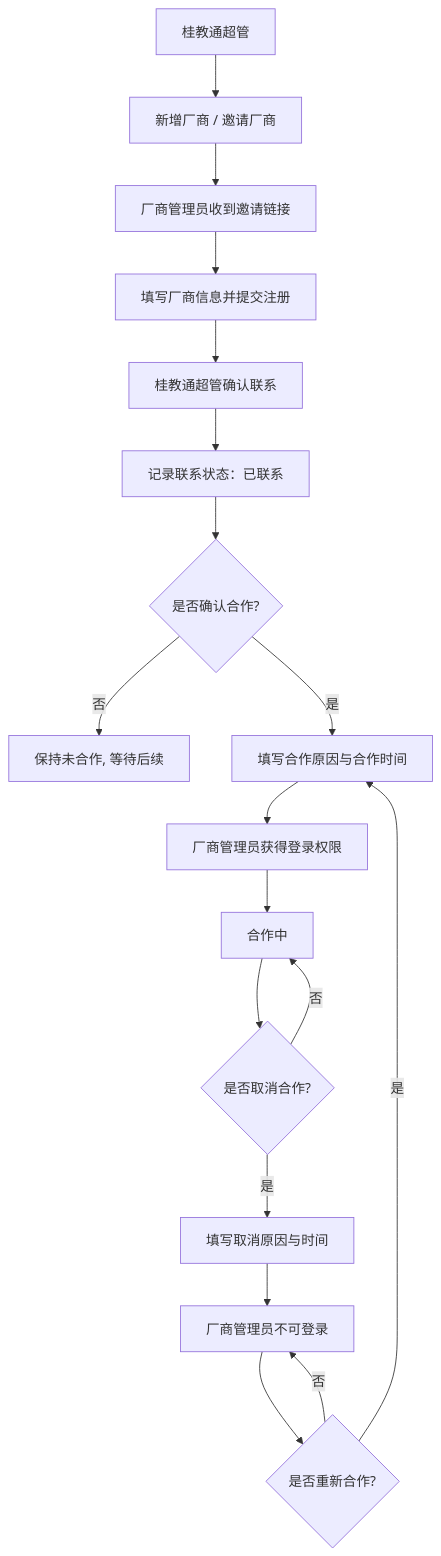
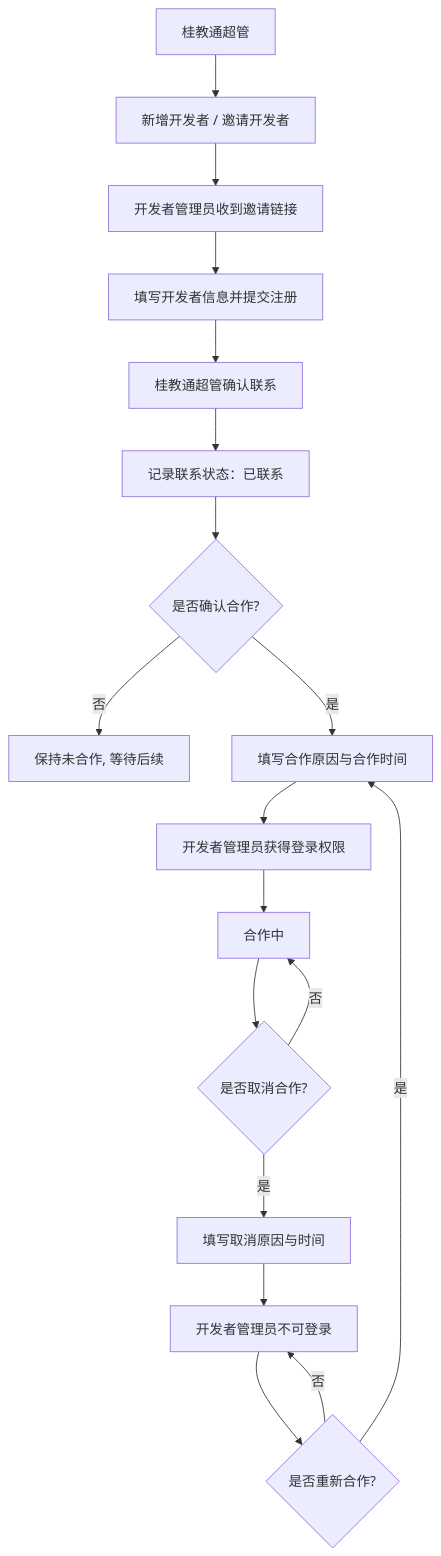
One commit to sunmei119/capPlatform changed the first of 6 diagrams in output/prd/prd.md. Above: the diagram before and after it, drawn with Mermaid. The commit also changed other lines of this file and 2 other files, not shown here.

````diff
--- a/output/prd/prd.md
+++ b/output/prd/prd.md
@@ -60,20 +60,20 @@
 ```mermaid
 flowchart TD
-    A[桂教通超管] --> B[新增厂商 / 邀请厂商]
-    B --> C[厂商管理员收到邀请链接]
-    C --> D[填写厂商信息并提交注册]
+    A[桂教通超管] --> B[新增开发者 / 邀请开发者]
+    B --> C[开发者管理员收到邀请链接]
+    C --> D[填写开发者信息并提交注册]
     D --> E[桂教通超管确认联系]
     E --> F[记录联系状态：已联系]
     F --> G{是否确认合作?}
     G -- 否 --> H[保持未合作, 等待后续]
     G -- 是 --> I[填写合作原因与合作时间]
-    I --> J[厂商管理员获得登录权限]
+    I --> J[开发者管理员获得登录权限]
     J --> K[合作中]
     K --> L{是否取消合作?}
     L -- 否 --> K
     L -- 是 --> M[填写取消原因与时间]
-    M --> N[厂商管理员不可登录]
+    M --> N[开发者管理员不可登录]
     N --> O{是否重新合作?}
     O -- 是 --> I
     O -- 否 --> N
 ```
````
